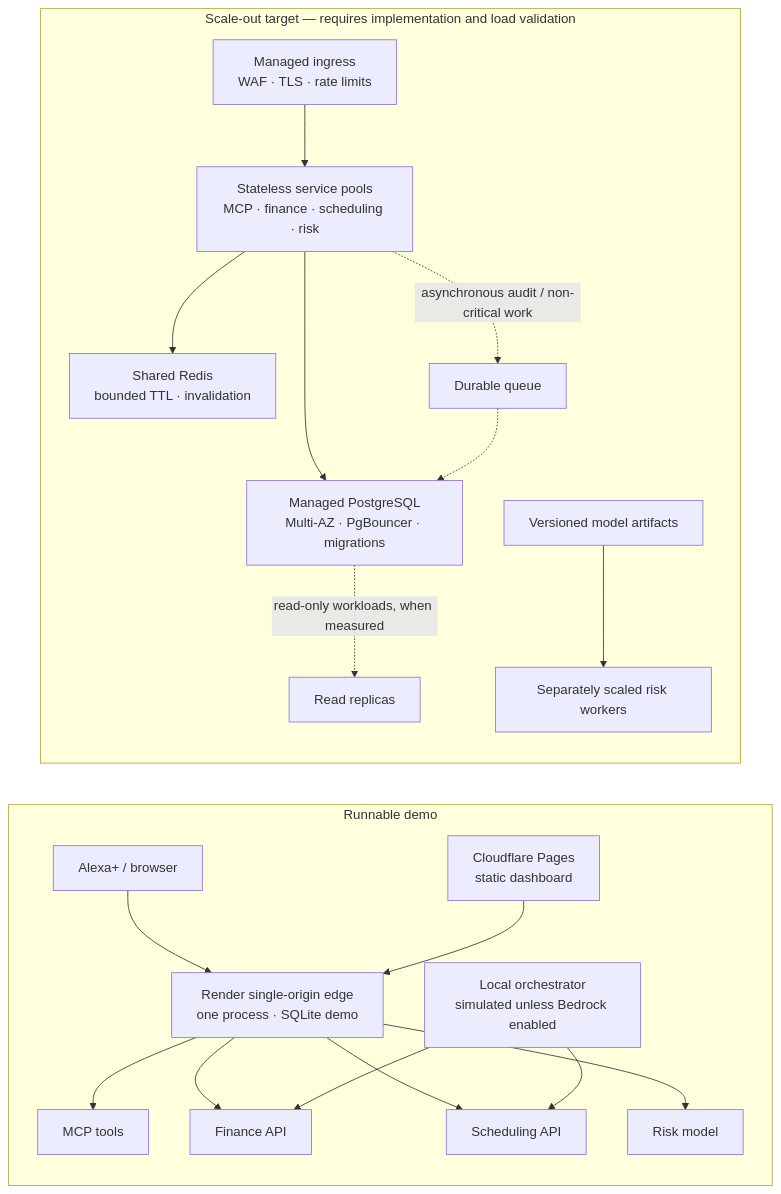
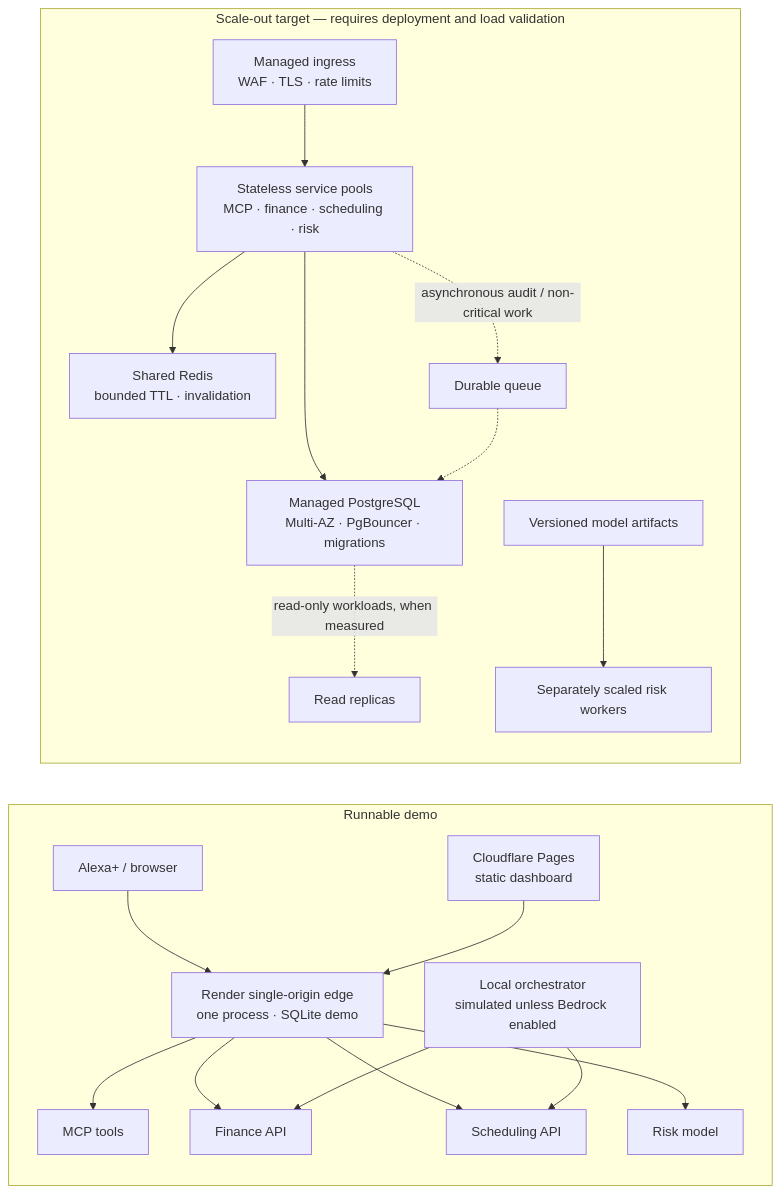
One commit to opeblow/ATLAS changed the diagram in README.md. Above: the diagram before and after it, drawn with Mermaid. The commit also changed other lines of this file and 48 other files, not shown here.

````diff
--- a/README.md
+++ b/README.md
@@ -43,23 +43,23 @@
 ```mermaid
 flowchart LR
   subgraph Today["Runnable demo"]
     C["Alexa+ / browser"] --> R["Render single-origin edge<br/>one process · SQLite demo"]
     R --> MCP["MCP tools"]
     R --> FIN["Finance API"]
     R --> SCH["Scheduling API"]
     R --> RISK["Risk model"]
     WEB["Cloudflare Pages<br/>static dashboard"] --> R
     ORCH["Local orchestrator<br/>simulated unless Bedrock enabled"] --> FIN
     ORCH --> SCH
   end
 
-  subgraph Target["Scale-out target — requires implementation and load validation"]
+  subgraph Target["Scale-out target — requires deployment and load validation"]
     IN["Managed ingress<br/>WAF · TLS · rate limits"] --> POOL["Stateless service pools<br/>MCP · finance · scheduling · risk"]
     POOL --> CACHE["Shared Redis<br/>bounded TTL · invalidation"]
     POOL --> DB["Managed PostgreSQL<br/>Multi-AZ · PgBouncer · migrations"]
     POOL -. "asynchronous audit / non-critical work" .-> Q["Durable queue"]
     Q -.-> DB
     DB -. "read-only workloads, when measured" .-> REPLICA["Read replicas"]
     ART["Versioned model artifacts"] --> RISKPOOL["Separately scaled risk workers"]
   end
 ```
````
